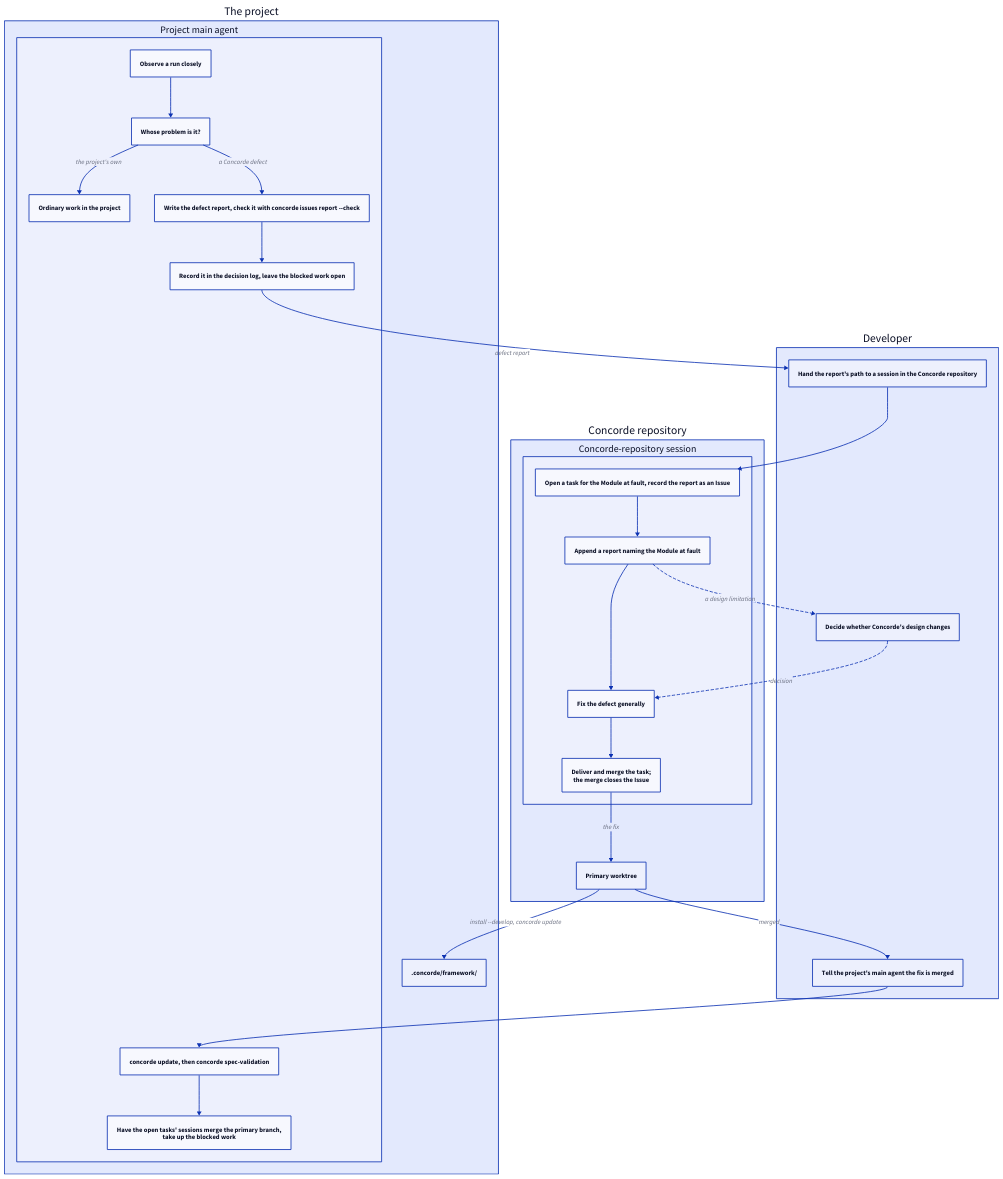
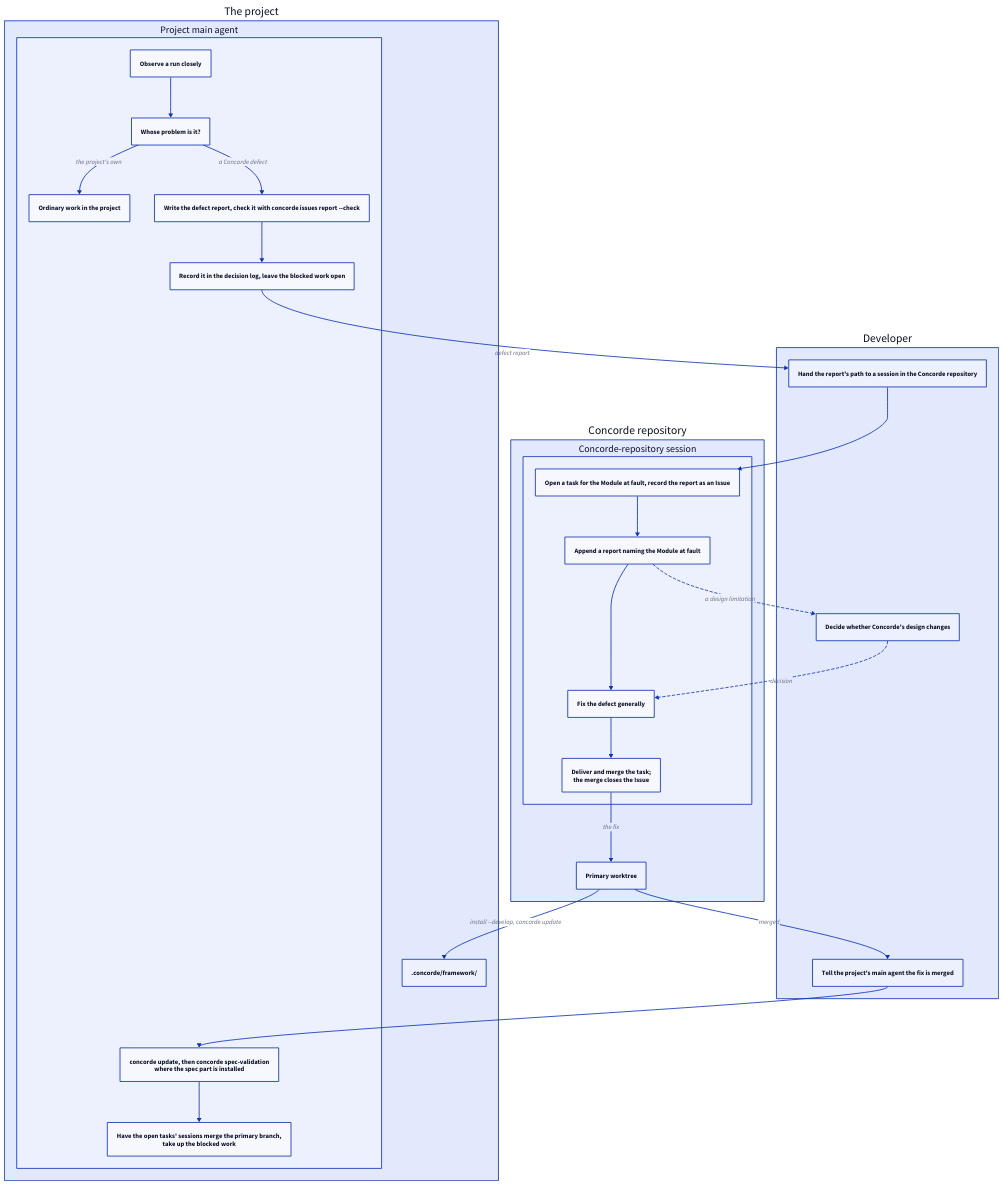
One commit to FTOD/concorde changed the diagram in specs/concorde/dogfooding/module.md. Above: the diagram before and after it, drawn with D2. The commit also changed other lines of this file and 4 other files, not shown here.

First line of the commit message:
Dogfooding: environment refusals by their options, installed-part conditions

````diff
--- a/specs/concorde/dogfooding/module.md
+++ b/specs/concorde/dogfooding/module.md
@@ -122,43 +122,43 @@
 ```d2 illustrative
 direction: down
 project: The project {
   agent: Project main agent {
     observe: Observe a run closely
     classify: Whose problem is it?
     own: Ordinary work in the project
     write: Write the defect report, check it with concorde issues report --check
     log: Record it in the decision log, leave the blocked work open
-    update: concorde update, then concorde spec-validation
+    update: "concorde update, then concorde spec-validation\nwhere the spec part is installed"
     resume: "Have the open tasks' sessions merge the primary branch,\ntake up the blocked work"
     observe -> classify
     classify -> own: the project's own
     classify -> write: a Concorde defect
     write -> log
     update -> resume
   }
   framework: .concorde/framework/
 }
 developer: Developer {
   handoff: Hand the report's path to a session in the Concorde repository
   decide: Decide whether Concorde's design changes
   tell: Tell the project's main agent the fix is merged
 }
 concorde: Concorde repository {
   session: Concorde-repository session {
     record: Open a task for the Module at fault, record the report as an Issue
     assign: Append a report naming the Module at fault
     fix: Fix the defect generally
     merge: "Deliver and merge the task;\nthe merge closes the Issue"
     record -> assign -> fix -> merge
   }
   primary: Primary worktree
 }
 project.agent.log -> developer.handoff: defect report
 developer.handoff -> concorde.session.record
 concorde.session.assign -> developer.decide: a design limitation {style.stroke-dash: 3}
 developer.decide -> concorde.session.fix: decision {style.stroke-dash: 3}
 concorde.session.merge -> concorde.primary: the fix
 concorde.primary -> project.framework: install --develop, concorde update
 concorde.primary -> developer.tell: merged
 developer.tell -> project.agent.update
 ```
````
